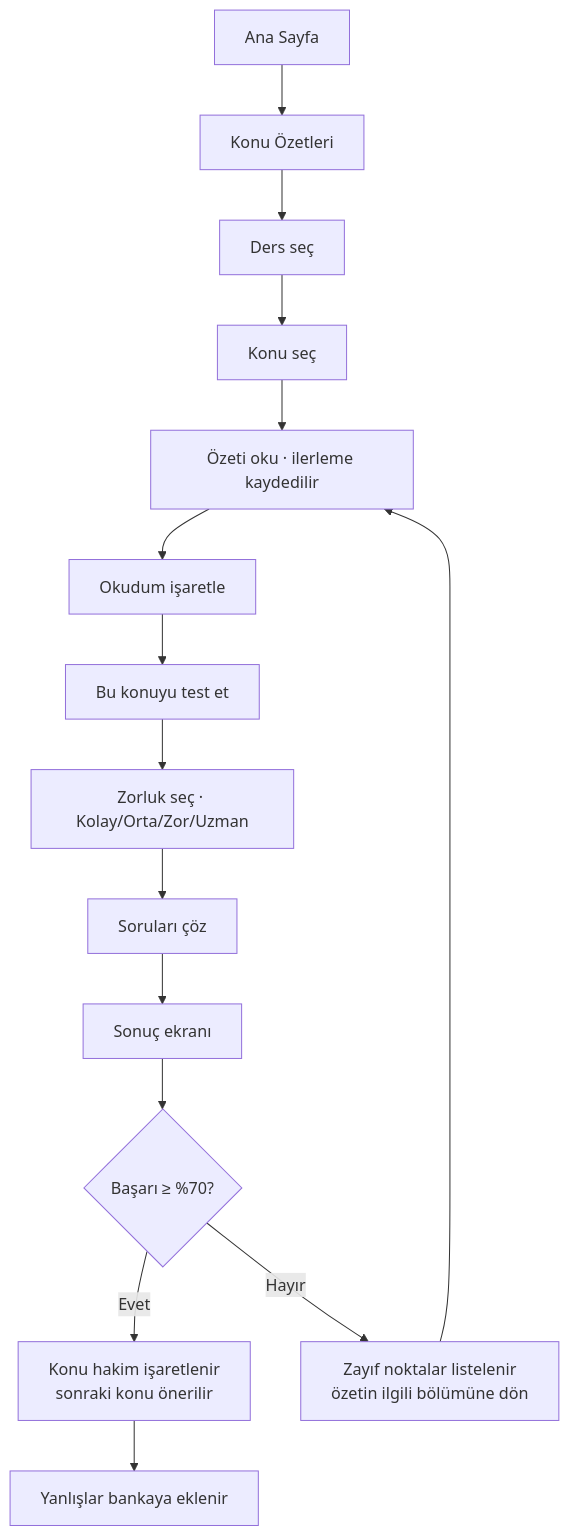
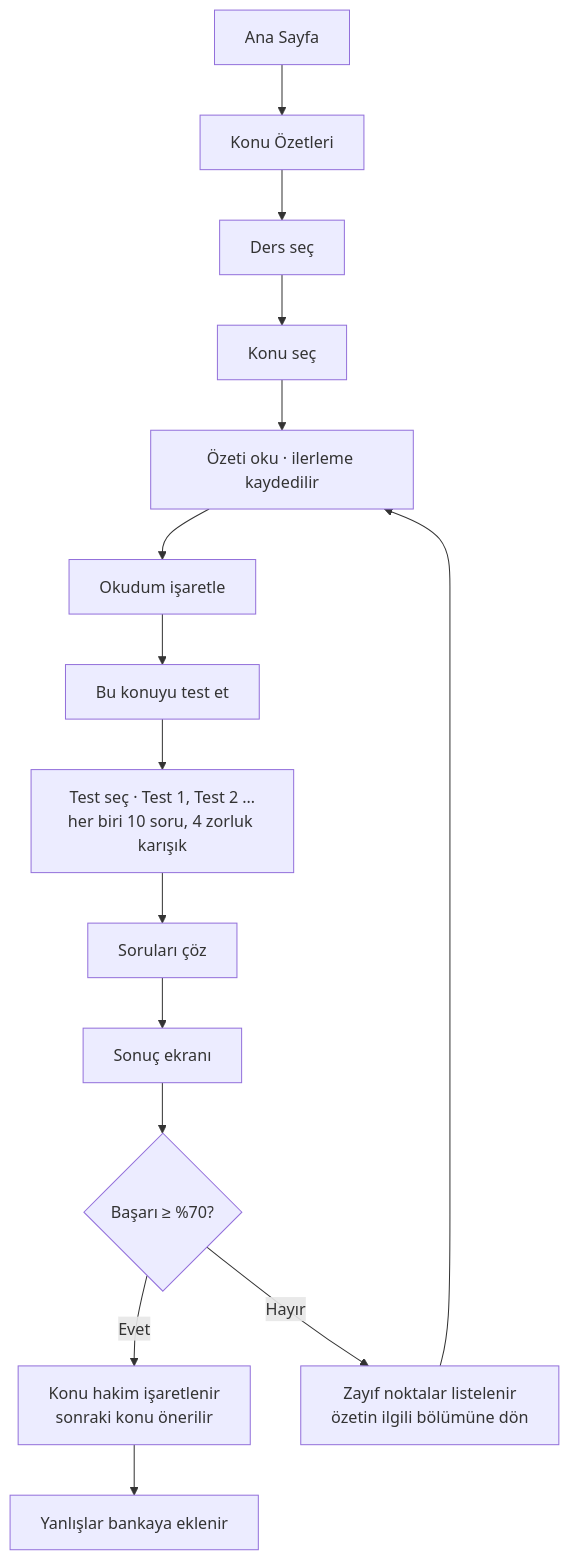
Before and after one commit to acansahin/kamu-sinav-app: the fourth of 6 diagrams in PROJECT_PLAN.md, drawn with Mermaid. The commit also changed other lines of this file and 14 other files, not shown here.

````diff
--- a/PROJECT_PLAN.md
+++ b/PROJECT_PLAN.md
@@ -882,17 +882,17 @@
 ```mermaid
 flowchart TD
     A["Ana Sayfa"] --> B["Konu Özetleri"]
     B --> C["Ders seç"]
     C --> D["Konu seç"]
     D --> E["Özeti oku · ilerleme kaydedilir"]
     E --> F["Okudum işaretle"]
     F --> G["Bu konuyu test et"]
-    G --> H["Zorluk seç · Kolay/Orta/Zor/Uzman"]
+    G --> H["Test seç · Test 1, Test 2 …<br/>her biri 10 soru, 4 zorluk karışık"]
     H --> I["Soruları çöz"]
     I --> J["Sonuç ekranı"]
     J --> K{"Başarı ≥ %70?"}
     K -->|Evet| L["Konu hakim işaretlenir<br/>sonraki konu önerilir"]
     K -->|Hayır| M["Zayıf noktalar listelenir<br/>özetin ilgili bölümüne dön"]
     M --> E
     L --> N["Yanlışlar bankaya eklenir"]
 ```
````
